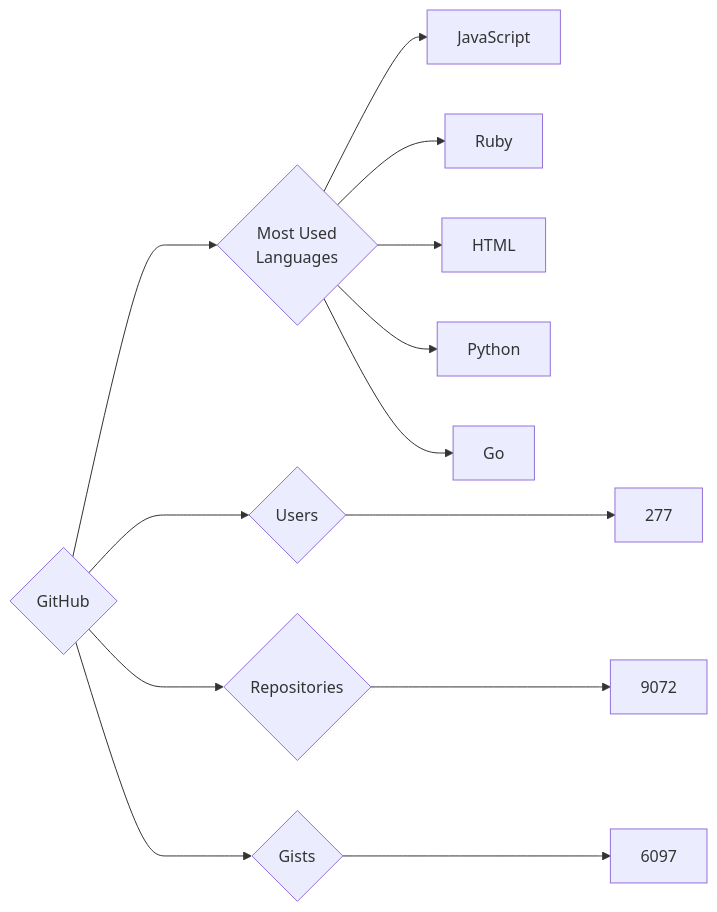
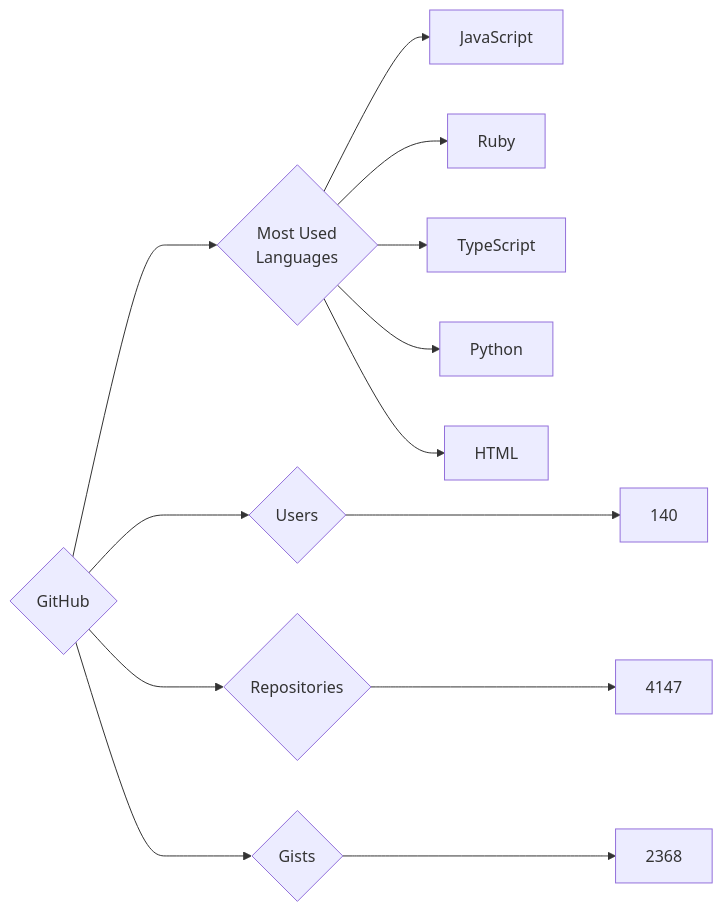
One commit to trickest/insiders changed the diagram in targets/GitHub/README.md. Above: the diagram before and after it, drawn with Mermaid. The commit also changed 688 other files, not shown here.

````diff
--- a/targets/GitHub/README.md
+++ b/targets/GitHub/README.md
@@ -3,13 +3,13 @@
 ```mermaid
 graph LR
 COMPANY_NAME{GitHub}
-COMPANY_NAME ---> U{Users} ---> UN[277]
-COMPANY_NAME ---> R{Repositories} ---> RN[9072]
-COMPANY_NAME ---> G{Gists} ---> GN[6097]
+COMPANY_NAME ---> U{Users} ---> UN[140]
+COMPANY_NAME ---> R{Repositories} ---> RN[4147]
+COMPANY_NAME ---> G{Gists} ---> GN[2368]
 COMPANY_NAME ---> ML{Most Used<br>Languages}
 ML --> JavaScript[JavaScript]
 ML --> Ruby[Ruby]
+ML --> TypeScript[TypeScript]
+ML --> Python[Python]
 ML --> HTML[HTML]
-ML --> Python[Python]
-ML --> Go[Go]
 ```
````
